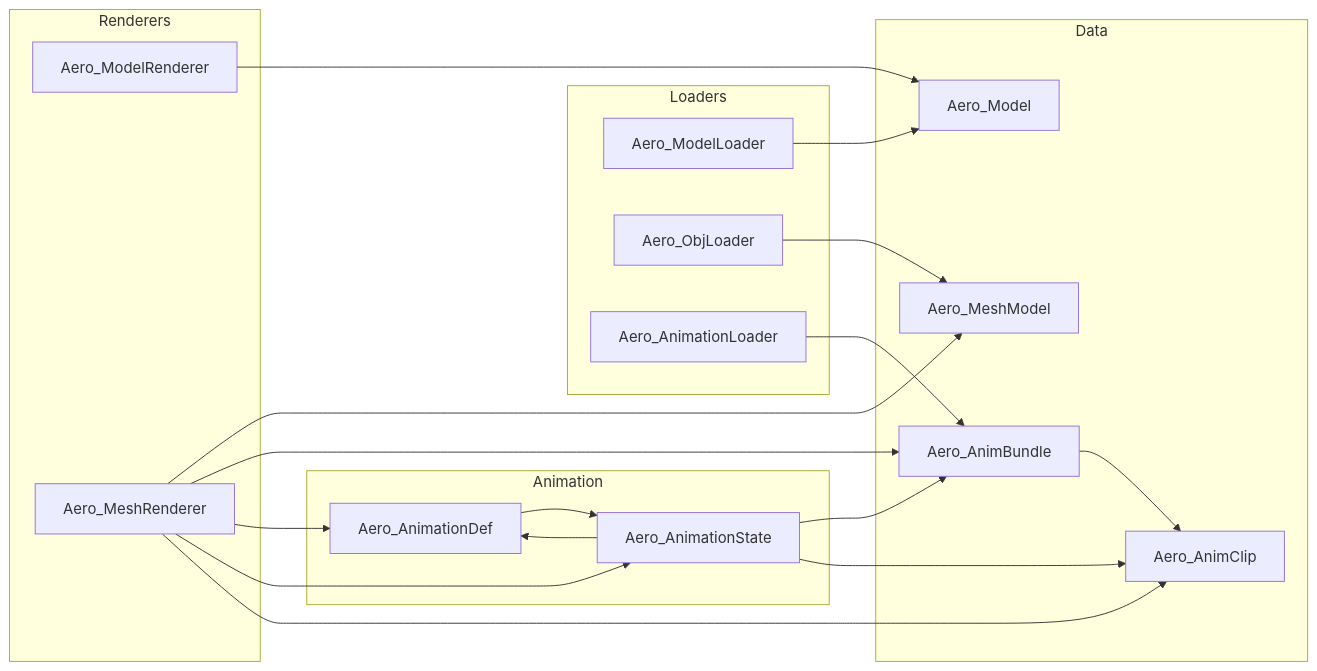
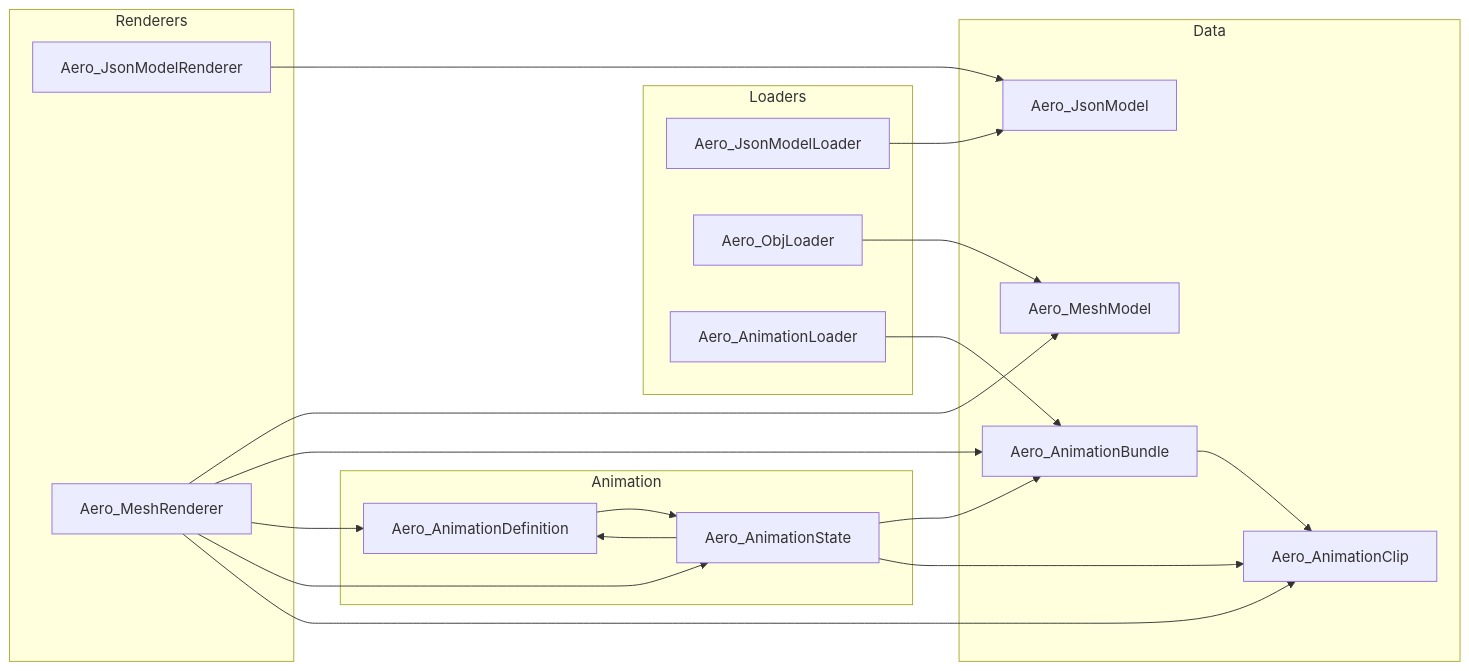
The fifth of 5 diagrams in DOC.md (lucasrgt/aero-model-lib), drawn with Mermaid before and after one commit. The commit also changed other lines of this file and 11 other files, not shown here.

````diff
--- a/DOC.md
+++ b/DOC.md
@@ -1182,42 +1182,42 @@
 ```mermaid
 graph LR
     subgraph Loaders
-        ML[Aero_ModelLoader]
+        ML[Aero_JsonModelLoader]
         OL[Aero_ObjLoader]
         AL[Aero_AnimationLoader]
     end
 
     subgraph Data
-        M[Aero_Model]
+        M[Aero_JsonModel]
         MM[Aero_MeshModel]
-        AB[Aero_AnimBundle]
-        AC[Aero_AnimClip]
+        AB[Aero_AnimationBundle]
+        AC[Aero_AnimationClip]
     end
 
     subgraph Animation
-        AD[Aero_AnimationDef]
+        AD[Aero_AnimationDefinition]
         AS[Aero_AnimationState]
     end
 
     subgraph Renderers
-        MR[Aero_ModelRenderer]
+        MR[Aero_JsonModelRenderer]
         MSR[Aero_MeshRenderer]
     end
 
     ML --> M
     OL --> MM
     AL --> AB
     AB --> AC
 
     AD --> AS
     AS --> AB
     AS --> AD
     AS --> AC
 
     MR --> M
     MSR --> MM
     MSR --> AB
     MSR --> AD
     MSR --> AS
     MSR --> AC
 ```
````
